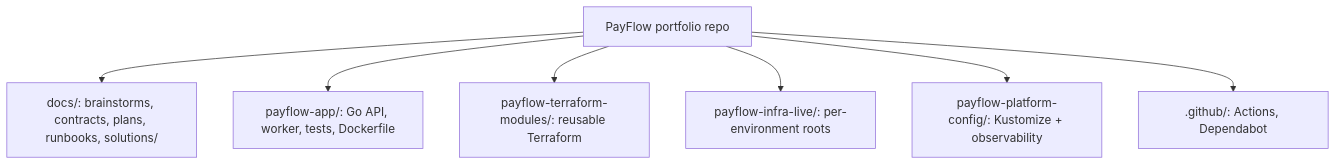
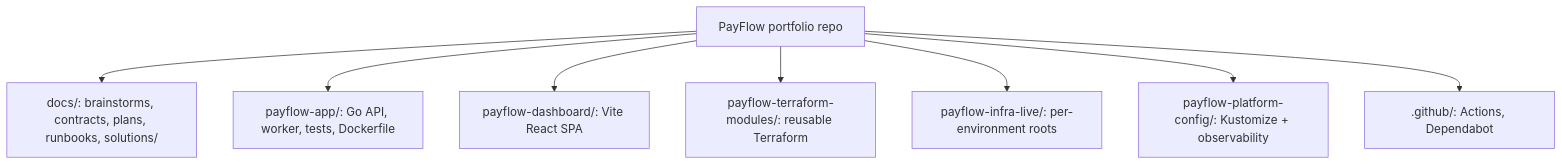
The first of 2 diagrams in README.md (Jien8Huang/payflow-payments-ops-platform), drawn with Mermaid before and after one commit. The commit also changed other lines of this file and 26 other files, not shown here.

````diff
--- a/README.md
+++ b/README.md
@@ -14,10 +15,11 @@
 ```mermaid
 flowchart TB
   ROOT[PayFlow portfolio repo]
   ROOT --> docFldr["docs/: brainstorms, contracts, plans, runbooks, solutions/"]
   ROOT --> payApp["payflow-app/: Go API, worker, tests, Dockerfile"]
+  ROOT --> dash["payflow-dashboard/: Vite React SPA"]
   ROOT --> tfmod["payflow-terraform-modules/: reusable Terraform"]
   ROOT --> infralive["payflow-infra-live/: per-environment roots"]
   ROOT --> pconf["payflow-platform-config/: Kustomize + observability"]
   ROOT --> gh[".github/: Actions, Dependabot"]
 ```
````
